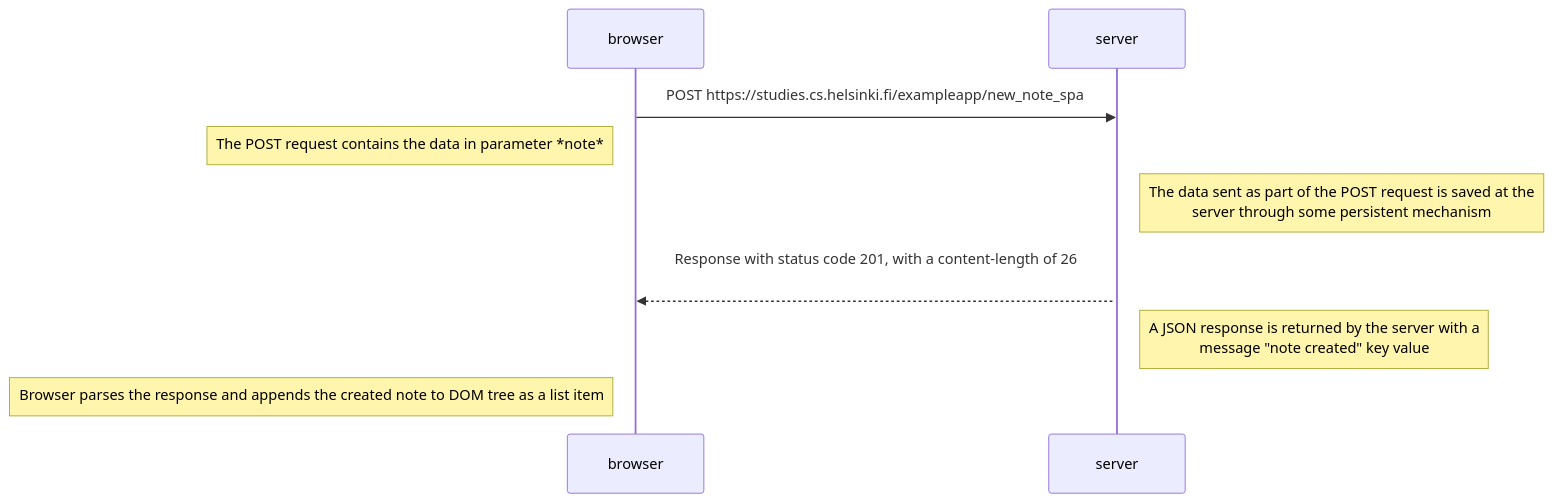
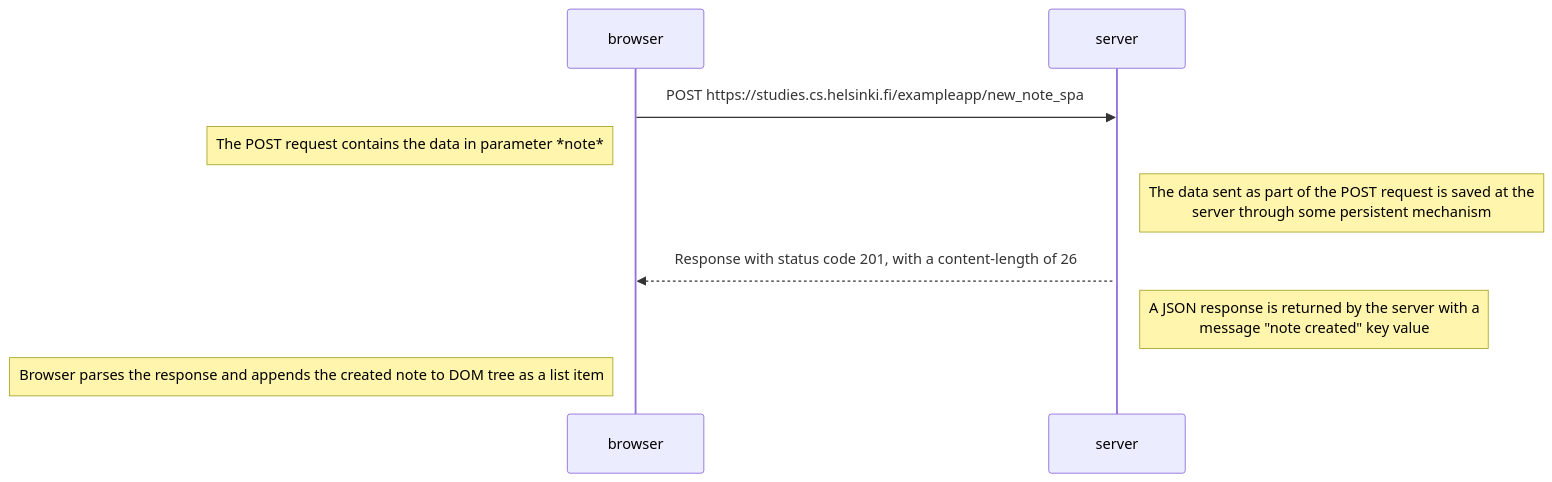
The diagram in part0/0.6/note_diagram.md (quarkgluons/fullstackopen), drawn with Mermaid before and after one commit.

Commit message:
removed break element in sequence diagam

````diff
--- a/part0/0.6/note_diagram.md
+++ b/part0/0.6/note_diagram.md
@@ -2,15 +2,15 @@
 ```mermaid
 sequenceDiagram
     participant browser
     participant server
     
     browser->>server: POST https://studies.cs.helsinki.fi/exampleapp/new_note_spa
     Note left of browser: The POST request contains the data in parameter *note*
     activate server
     Note right of server: The data sent as part of the POST request is saved at the <br/> server through some persistent mechanism
-    server-->>browser: Response with status code 201, with a content-length of 26<br/> 
+    server-->>browser: Response with status code 201, with a content-length of 26
     Note right of server: A JSON response is returned by the server with a <br/> message "note created" key value
     activate browser
     Note left of browser: Browser parses the response and appends the created note to DOM tree as a list item
    
 ```
````
